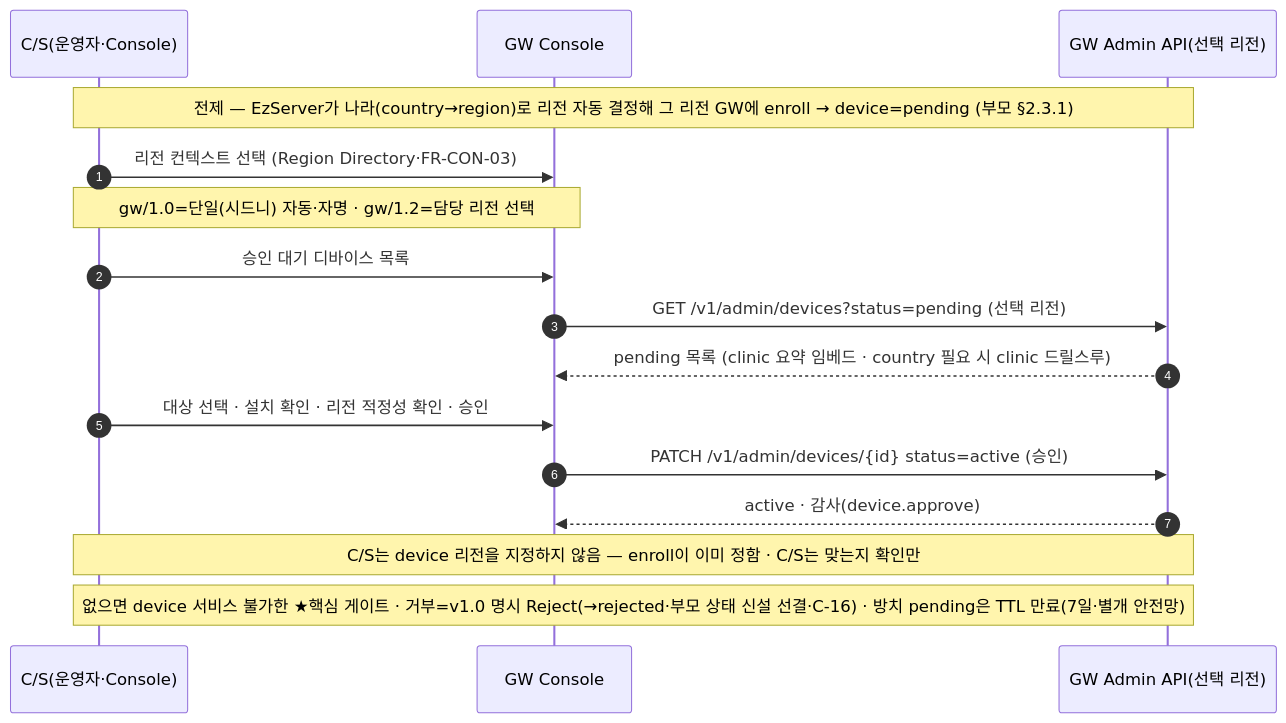
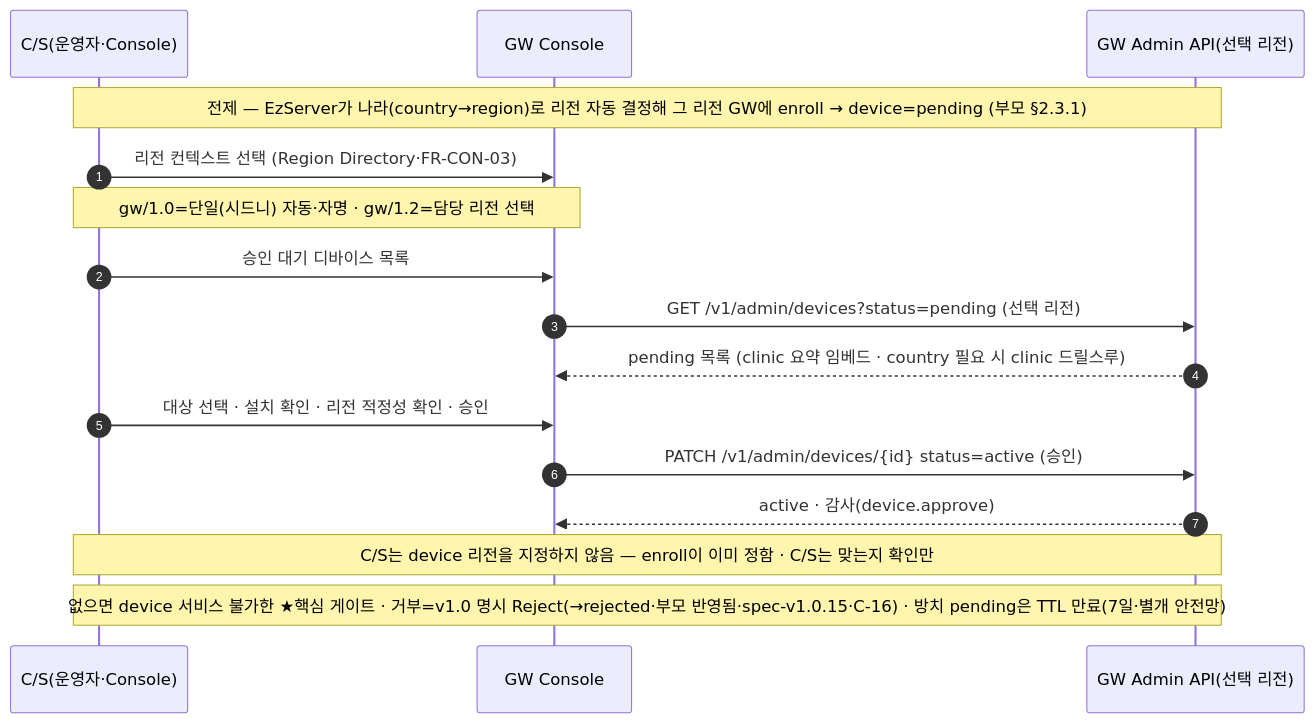
One commit to gracegyu/scp-architecture changed the seventh of 11 diagrams in docs/VT_API_Gateway/08.VT_API_Gateway/specs/03c-subsrs-gw-console/SRS.md. Above: the diagram before and after it, drawn with Mermaid. The commit also changed other lines of this file and 1 other file, not shown here.

````diff
--- a/docs/VT_API_Gateway/08.VT_API_Gateway/specs/03c-subsrs-gw-console/SRS.md
+++ b/docs/VT_API_Gateway/08.VT_API_Gateway/specs/03c-subsrs-gw-console/SRS.md
@@ -292,18 +293,18 @@
 ```mermaid
 sequenceDiagram
     autonumber
     participant CS as C/S(운영자·Console)
     participant C as GW Console
     participant GW as GW Admin API(선택 리전)
     Note over CS,GW: 전제 — EzServer가 나라(country→region)로 리전 자동 결정해 그 리전 GW에 enroll → device=pending (부모 §2.3.1)
     CS->>C: 리전 컨텍스트 선택 (Region Directory·FR-CON-03)
     Note over CS,C: gw/1.0=단일(시드니) 자동·자명 · gw/1.2=담당 리전 선택
     CS->>C: 승인 대기 디바이스 목록
     C->>GW: GET /v1/admin/devices?status=pending (선택 리전)
     GW-->>C: pending 목록 (clinic 요약 임베드 · country 필요 시 clinic 드릴스루)
     CS->>C: 대상 선택 · 설치 확인 · 리전 적정성 확인 · 승인
     C->>GW: PATCH /v1/admin/devices/{id} status=active (승인)
     GW-->>C: active · 감사(device.approve)
     Note over CS,GW: C/S는 device 리전을 지정하지 않음 — enroll이 이미 정함 · C/S는 맞는지 확인만
-    Note over CS,GW: 없으면 device 서비스 불가한 ★핵심 게이트 · 거부=v1.0 명시 Reject(→rejected·부모 상태 신설 선결·C-16) · 방치 pending은 TTL 만료(7일·별개 안전망)
+    Note over CS,GW: 없으면 device 서비스 불가한 ★핵심 게이트 · 거부=v1.0 명시 Reject(→rejected·부모 반영됨·spec-v1.0.15·C-16) · 방치 pending은 TTL 만료(7일·별개 안전망)
 ```
````
